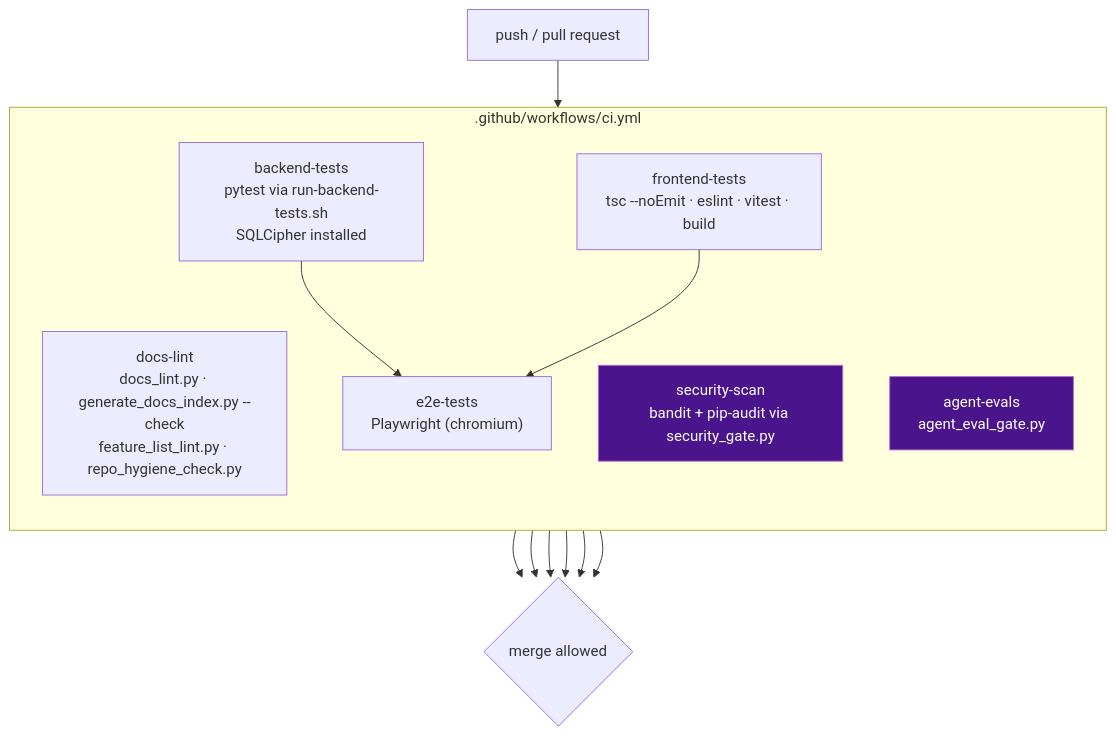
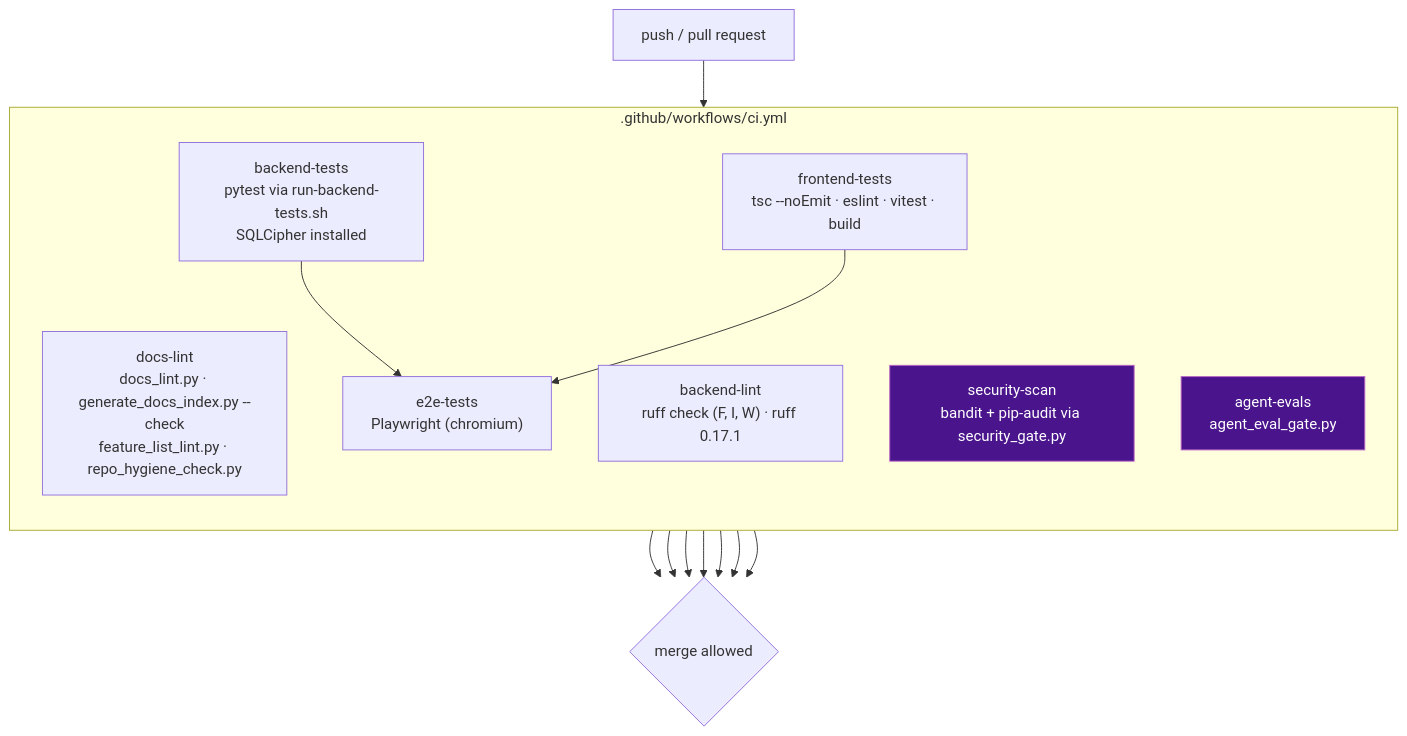
The diagram in docs/architecture/ci-and-quality-gates.md (BrooklynD23/HealthCentral), drawn with Mermaid before and after one commit. The commit also changed other lines of this file, not shown here.

Commit message:
docs(ci): document the backend-lint ruff gate (E-3-T7)

````diff
--- a/docs/architecture/ci-and-quality-gates.md
+++ b/docs/architecture/ci-and-quality-gates.md
@@ -11,27 +11,29 @@
 ```mermaid
 flowchart TD
     PUSH["push / pull request"] --> JOBS
 
     subgraph JOBS[".github/workflows/ci.yml"]
         direction TB
         DOCS["docs-lint<br/>docs_lint.py · generate_docs_index.py --check<br/>feature_list_lint.py · repo_hygiene_check.py"]
         BE["backend-tests<br/>pytest via run-backend-tests.sh<br/>SQLCipher installed"]
+        LINT["backend-lint<br/>ruff check (F, I, W) · ruff 0.17.1"]
         FE["frontend-tests<br/>tsc --noEmit · eslint · vitest · build"]
         SEC["security-scan<br/>bandit + pip-audit via security_gate.py"]
         EVAL["agent-evals<br/>agent_eval_gate.py"]
         E2E["e2e-tests<br/>Playwright (chromium)"]
     end
 
     BE --> E2E
     FE --> E2E
 
     DOCS --> MERGE{"merge allowed"}
     BE --> MERGE
+    LINT --> MERGE
     FE --> MERGE
     SEC --> MERGE
     EVAL --> MERGE
     E2E --> MERGE
 
     style EVAL fill:#4a148c,stroke:#ba68c8,color:#fff
     style SEC fill:#4a148c,stroke:#ba68c8,color:#fff
 ```
````
